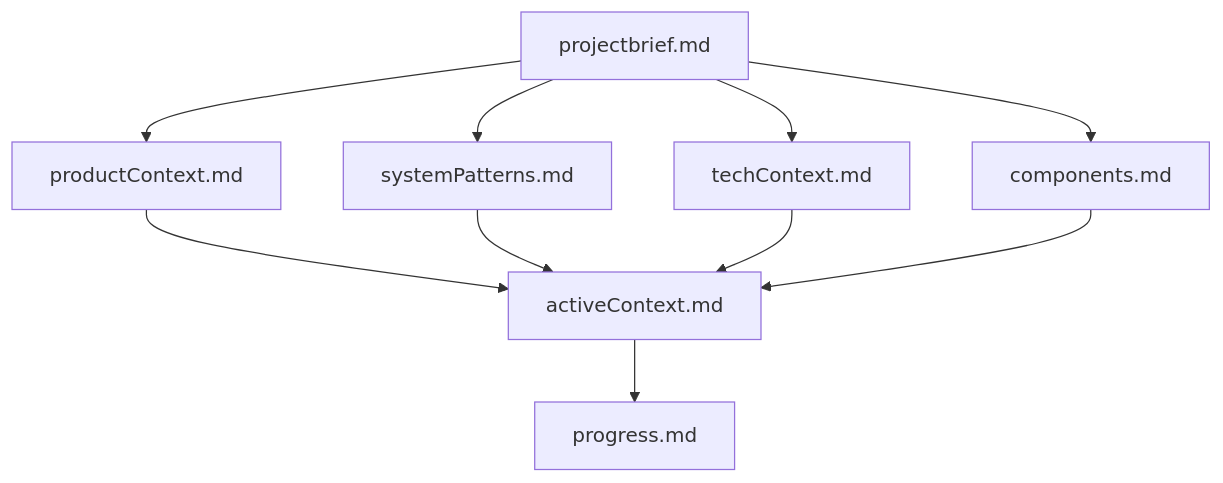
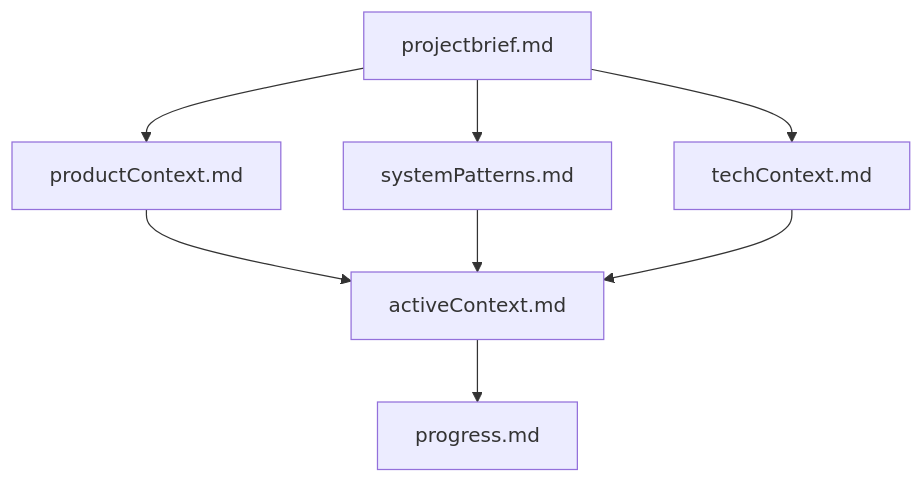
Before and after one commit to gitpod-io/gitpod: the first of 4 diagrams in .clinerules/memory-bank.md, drawn with Mermaid. The commit also changed other lines of this file, not shown here.

````diff
--- a/.clinerules/memory-bank.md
+++ b/.clinerules/memory-bank.md
@@ -9,14 +9,12 @@
 ```mermaid
 flowchart TD
     PB[projectbrief.md] --> PC[productContext.md]
     PB --> SP[systemPatterns.md]
     PB --> TC[techContext.md]
-    PB --> CI[components.md]
 
     PC --> AC[activeContext.md]
     SP --> AC
     TC --> AC
-    CI --> AC
 
     AC --> P[progress.md]
 ```
````
